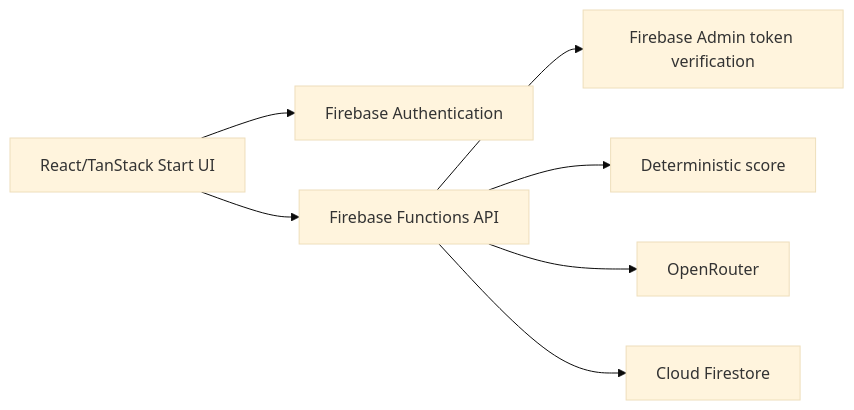
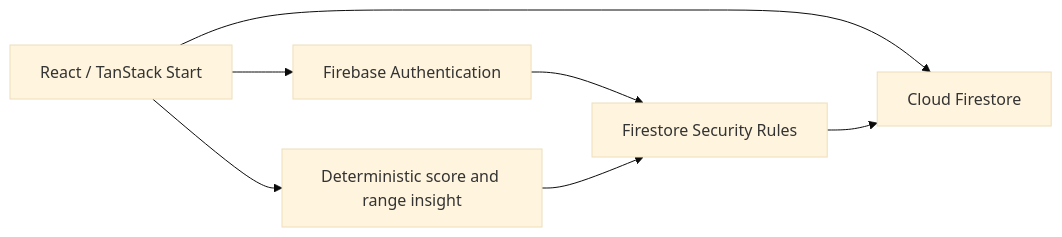
The diagram in specs/02-architecture/system-architecture.md (kyaw-hlaing-soe-dev/Care-AI), drawn with Mermaid (base theme) before and after one commit. The commit also changed other lines of this file and 32 other files, not shown here.

Commit message:
docs: define Spark Firestore architecture

````diff
--- a/specs/02-architecture/system-architecture.md
+++ b/specs/02-architecture/system-architecture.md
@@ -12,9 +12,9 @@
 ```mermaid
 flowchart LR
-  UI[React/TanStack Start UI] --> AUTH[Firebase Authentication]
-  UI --> API[Firebase Functions API]
-  API --> ADMIN[Firebase Admin token verification]
-  API --> SCORE[Deterministic score]
-  API --> OR[OpenRouter]
-  API --> DB[Cloud Firestore]
+  UI[React / TanStack Start] --> AUTH[Firebase Authentication]
+  UI --> SCORE[Deterministic score and range insight]
+  UI --> DB[Cloud Firestore]
+  AUTH --> RULES[Firestore Security Rules]
+  SCORE --> RULES
+  RULES --> DB
 ```
````
